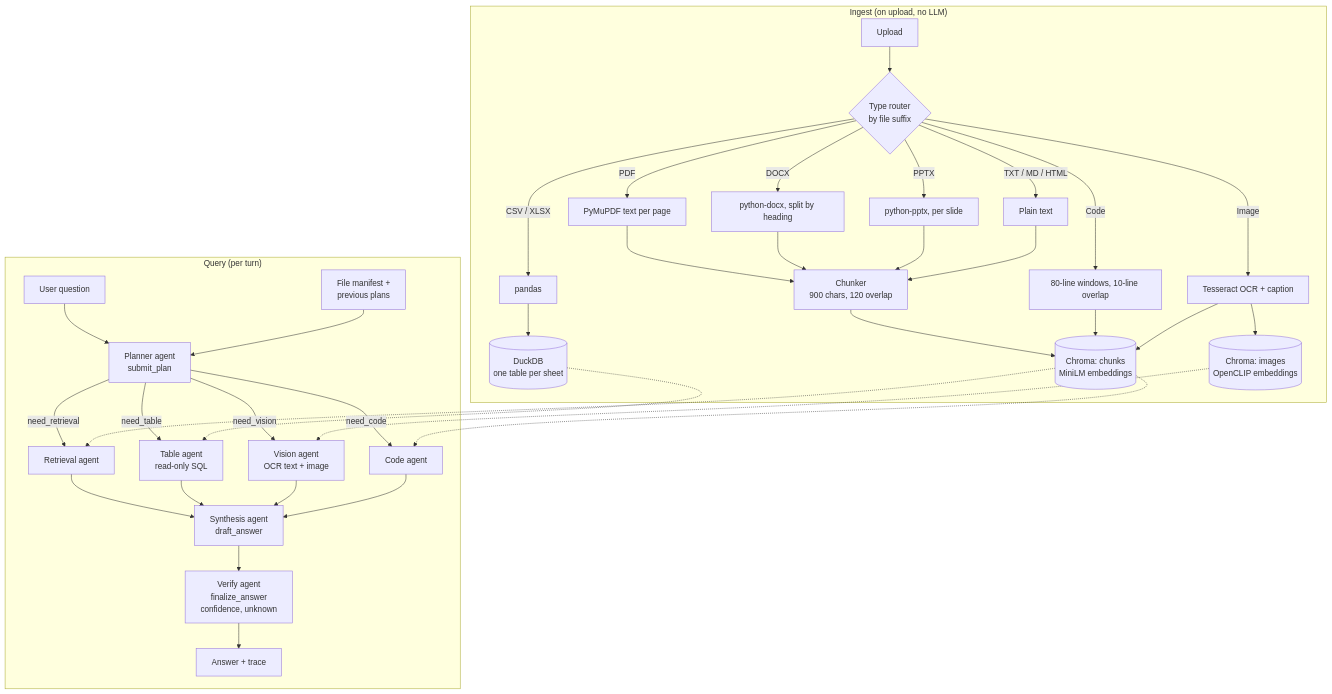
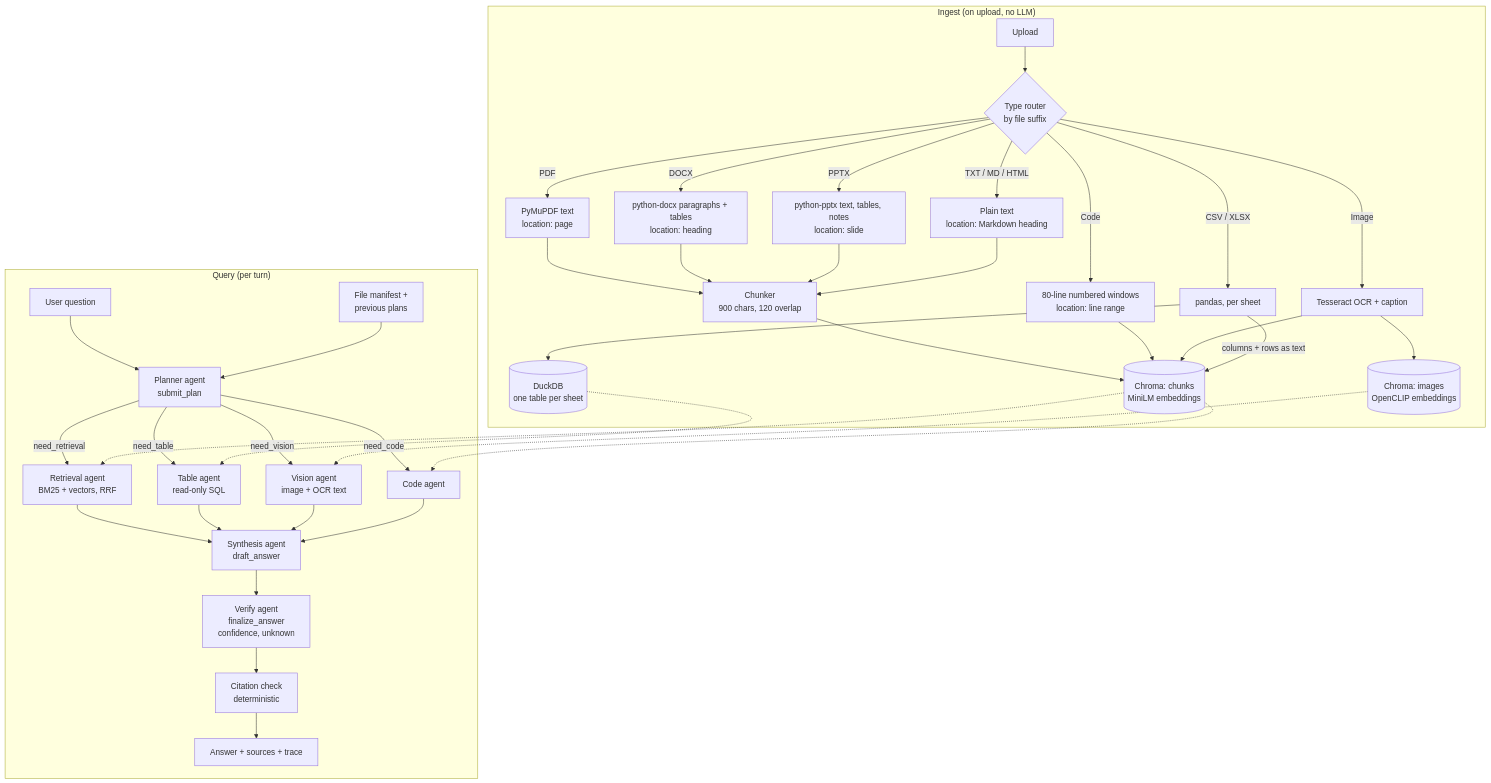
The diagram in README.md (karti358/document_chat), drawn with Mermaid before and after one commit. The commit also changed other lines of this file and 1 other file, not shown here.

First line of the commit message:
Update README and architecture notes to match the implementation

````diff
--- a/README.md
+++ b/README.md
@@ -34,36 +36,38 @@
 ```mermaid
 flowchart TD
     subgraph Ingest["Ingest (on upload, no LLM)"]
         U[Upload] --> R{Type router<br/>by file suffix}
-        R -->|PDF| P1[PyMuPDF text per page]
-        R -->|DOCX| P2[python-docx, split by heading]
-        R -->|PPTX| P3[python-pptx, per slide]
-        R -->|TXT / MD / HTML| P4[Plain text]
-        R -->|Code| P5[80-line windows, 10-line overlap]
+        R -->|PDF| P1[PyMuPDF text<br/>location: page]
+        R -->|DOCX| P2[python-docx paragraphs + tables<br/>location: heading]
+        R -->|PPTX| P3[python-pptx text, tables, notes<br/>location: slide]
+        R -->|TXT / MD / HTML| P4[Plain text<br/>location: Markdown heading]
+        R -->|Code| P5[80-line numbered windows<br/>location: line range]
         R -->|Image| P6[Tesseract OCR + caption]
-        R -->|CSV / XLSX| P7[pandas]
+        R -->|CSV / XLSX| P7[pandas, per sheet]
         P1 & P2 & P3 & P4 --> C[Chunker<br/>900 chars, 120 overlap]
         C --> V[(Chroma: chunks<br/>MiniLM embeddings)]
         P5 --> V
         P6 --> V
         P6 --> VI[(Chroma: images<br/>OpenCLIP embeddings)]
         P7 --> D[(DuckDB<br/>one table per sheet)]
+        P7 -->|columns + rows as text| V
     end
 
     subgraph Query["Query (per turn)"]
         Q[User question] --> PL[Planner agent<br/>submit_plan]
         M[File manifest +<br/>previous plans] --> PL
-        PL -->|need_retrieval| RA[Retrieval agent]
+        PL -->|need_retrieval| RA[Retrieval agent<br/>BM25 + vectors, RRF]
         PL -->|need_table| TA[Table agent<br/>read-only SQL]
-        PL -->|need_vision| VA[Vision agent<br/>OCR text + image]
+        PL -->|need_vision| VA[Vision agent<br/>image + OCR text]
         PL -->|need_code| CA[Code agent]
         RA & TA & VA & CA --> S[Synthesis agent<br/>draft_answer]
         S --> VE[Verify agent<br/>finalize_answer<br/>confidence, unknown]
-        VE --> A[Answer + trace]
+        VE --> CC[Citation check<br/>deterministic]
+        CC --> A[Answer + sources + trace]
     end
 
     V -.-> RA
     V -.-> CA
     VI -.-> VA
     D -.-> TA
 ```
````
